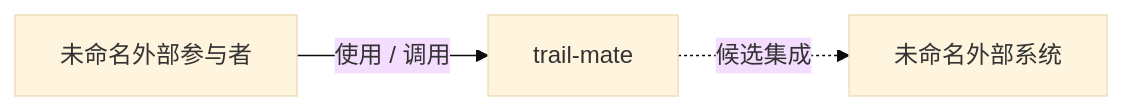
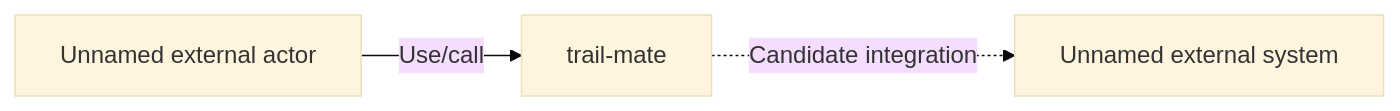
One commit to manmuqingshan/trail-mate changed the diagram in docs/architecture/c4/system-context/system-context.md. Above: the diagram before and after it, drawn with Mermaid (base theme). The commit also changed other lines of this file and 527 other files, not shown here.

````diff
--- a/docs/architecture/c4/system-context/system-context.md
+++ b/docs/architecture/c4/system-context/system-context.md
@@ -46,8 +46,8 @@
 ```mermaid
 flowchart LR
-  actor["未命名外部参与者"]
+ actor["Unnamed external actor"]
   system["trail-mate"]
-  external["未命名外部系统"]
-  actor -->|使用 / 调用| system
-  system -.->|候选集成| external
+ external["Unnamed external system"]
+ actor -->|Use/call| system
+ system -.->|Candidate integration| external
 ```
````
